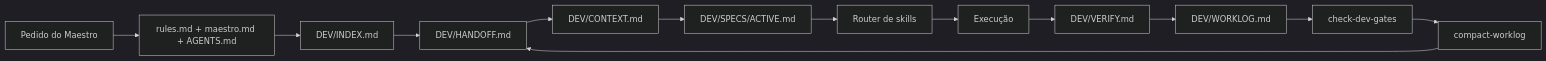
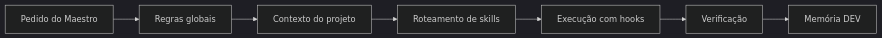
Before and after one commit to FernandoBolzan/Orquestrador-Maestro: the diagram in README.md, drawn with Mermaid (dark theme). The commit also changed other lines of this file, not shown here.

Commit message:
docs: renovar README do Orquestrador Maestro

````diff
--- a/README.md
+++ b/README.md
@@ -359,15 +46,9 @@
-```mermaid
+~~~mermaid
 flowchart LR
-  A["Pedido do Maestro"] --> B["rules.md + maestro.md + AGENTS.md"]
-  B --> C["DEV/INDEX.md"]
-  C --> D["DEV/HANDOFF.md"]
-  D --> E["DEV/CONTEXT.md"]
-  E --> F["DEV/SPECS/ACTIVE.md"]
-  F --> G["Router de skills"]
-  G --> H["Execução"]
-  H --> I["DEV/VERIFY.md"]
-  I --> J["DEV/WORKLOG.md"]
-  J --> K["check-dev-gates"]
-  K --> L["compact-worklog"]
-  L --> D
-```
+    A[Pedido do Maestro] --> B[Regras globais]
+    B --> C[Contexto do projeto]
+    C --> D[Roteamento de skills]
+    D --> E[Execução com hooks]
+    E --> F[Verificação]
+    F --> G[Memória DEV]
+~~~
````
